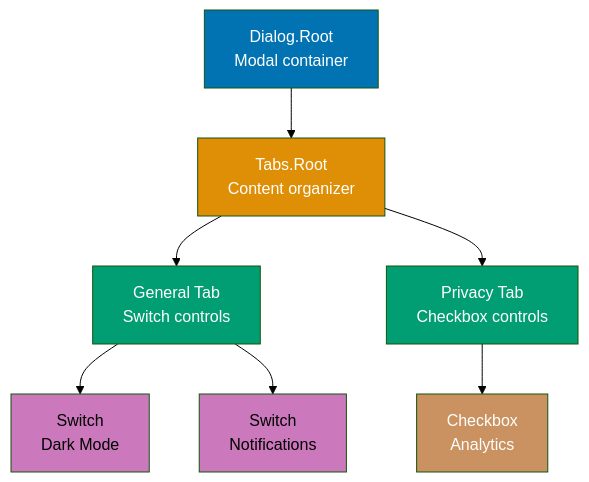
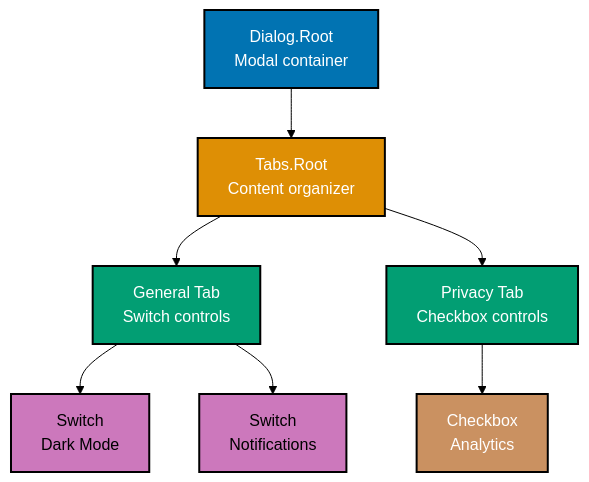
Before and after one commit to wahidyankf/open-sharia-enterprise: the fifth of 5 diagrams in apps/ayokoding-web/content/en/learn/software-engineering/platform-web/tools/fe-radix-ui/by-example/beginner.md, drawn with Mermaid (forest theme). The commit also changed other lines of this file and 13 other files, not shown here.

````diff
--- a/apps/ayokoding-web/content/en/learn/software-engineering/platform-web/tools/fe-radix-ui/by-example/beginner.md
+++ b/apps/ayokoding-web/content/en/learn/software-engineering/platform-web/tools/fe-radix-ui/by-example/beginner.md
@@ -1513,18 +1513,18 @@
 ```mermaid
 %% Color Palette: Blue #0173B2, Orange #DE8F05, Teal #029E73, Purple #CC78BC, Brown #CA9161
 graph TD
     Dialog["Dialog.Root<br/>Modal container"] --> Tabs["Tabs.Root<br/>Content organizer"]
     Tabs --> General["General Tab<br/>Switch controls"]
     Tabs --> Privacy["Privacy Tab<br/>Checkbox controls"]
     General --> Switch1["Switch<br/>Dark Mode"]
     General --> Switch2["Switch<br/>Notifications"]
     Privacy --> Check1["Checkbox<br/>Analytics"]
 
-    style Dialog fill:#0173B2,color:#fff
-    style Tabs fill:#DE8F05,color:#fff
-    style General fill:#029E73,color:#fff
-    style Privacy fill:#029E73,color:#fff
-    style Switch1 fill:#CC78BC,color:#000
-    style Switch2 fill:#CC78BC,color:#000
-    style Check1 fill:#CA9161,color:#fff
+    style Dialog fill:#0173B2,stroke:#000000,stroke-width:2px,color:#fff
+    style Tabs fill:#DE8F05,stroke:#000000,stroke-width:2px,color:#fff
+    style General fill:#029E73,stroke:#000000,stroke-width:2px,color:#fff
+    style Privacy fill:#029E73,stroke:#000000,stroke-width:2px,color:#fff
+    style Switch1 fill:#CC78BC,stroke:#000000,stroke-width:2px,color:#000
+    style Switch2 fill:#CC78BC,stroke:#000000,stroke-width:2px,color:#000
+    style Check1 fill:#CA9161,stroke:#000000,stroke-width:2px,color:#fff
 ```
````
